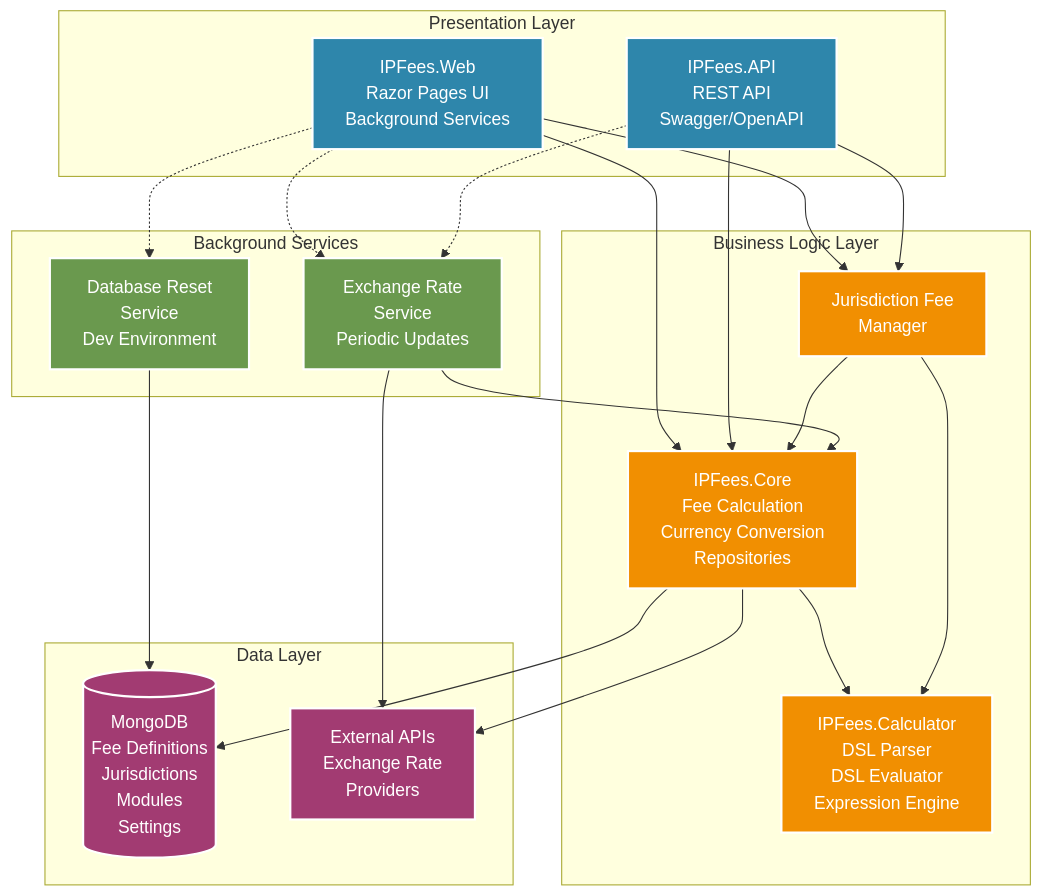
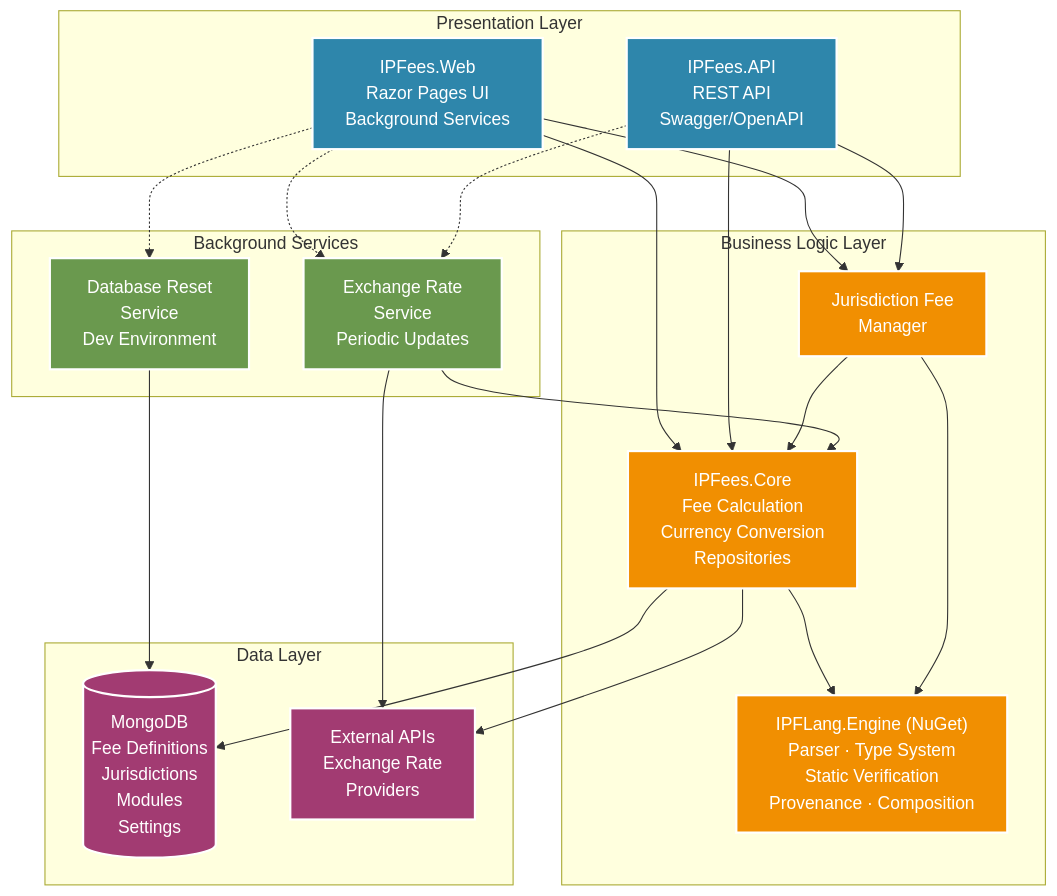
The diagram in docs/architecture.md (vbocan/ipfees), drawn with Mermaid before and after one commit. The commit also changed other lines of this file and 74 other files, not shown here.

````diff
--- a/docs/architecture.md
+++ b/docs/architecture.md
@@ -3,58 +3,58 @@
 ```mermaid
 graph TB
     %% Define subgraphs for layers
     subgraph "Presentation Layer"
         Web[IPFees.Web<br/>Razor Pages UI<br/>Background Services]
         API[IPFees.API<br/>REST API<br/>Swagger/OpenAPI]
     end
 
     subgraph "Business Logic Layer"
         Core[IPFees.Core<br/>Fee Calculation<br/>Currency Conversion<br/>Repositories]
-        Calculator[IPFees.Calculator<br/>DSL Parser<br/>DSL Evaluator<br/>Expression Engine]
+        Calculator["IPFLang.Engine (NuGet)<br/>Parser · Type System<br/>Static Verification<br/>Provenance · Composition"]
         FeeManager[Jurisdiction Fee<br/>Manager]
     end
 
     subgraph "Data Layer"
         Mongo[(MongoDB<br/>Fee Definitions<br/>Jurisdictions<br/>Modules<br/>Settings)]
         ExternalAPI[External APIs<br/>Exchange Rate<br/>Providers]
     end
 
     subgraph "Background Services"
         ExchangeService[Exchange Rate<br/>Service<br/>Periodic Updates]
         ResetService[Database Reset<br/>Service<br/>Dev Environment]
     end
 
     %% Presentation to Business Logic
     Web --> Core
     Web --> FeeManager
     API --> Core
     API --> FeeManager
 
     %% Business Logic dependencies
     Core --> Calculator
     Core --> Mongo
     FeeManager --> Core
     FeeManager --> Calculator
 
     %% Background Services
     ExchangeService --> Core
     ExchangeService --> ExternalAPI
     ResetService --> Mongo
     Web -.-> ExchangeService
     Web -.-> ResetService
     API -.-> ExchangeService
 
     %% Data access
     Core --> ExternalAPI
 
     %% Styling
     classDef presentation fill:#2E86AB,stroke:#fff,stroke-width:2px,color:#fff
     classDef business fill:#F18F01,stroke:#fff,stroke-width:2px,color:#fff
     classDef data fill:#A23B72,stroke:#fff,stroke-width:2px,color:#fff
     classDef services fill:#6A994E,stroke:#fff,stroke-width:2px,color:#fff
 
     class Web,API presentation
     class Core,Calculator,FeeManager business
     class Mongo,ExternalAPI data
     class ExchangeService,ResetService services
 ```
````
